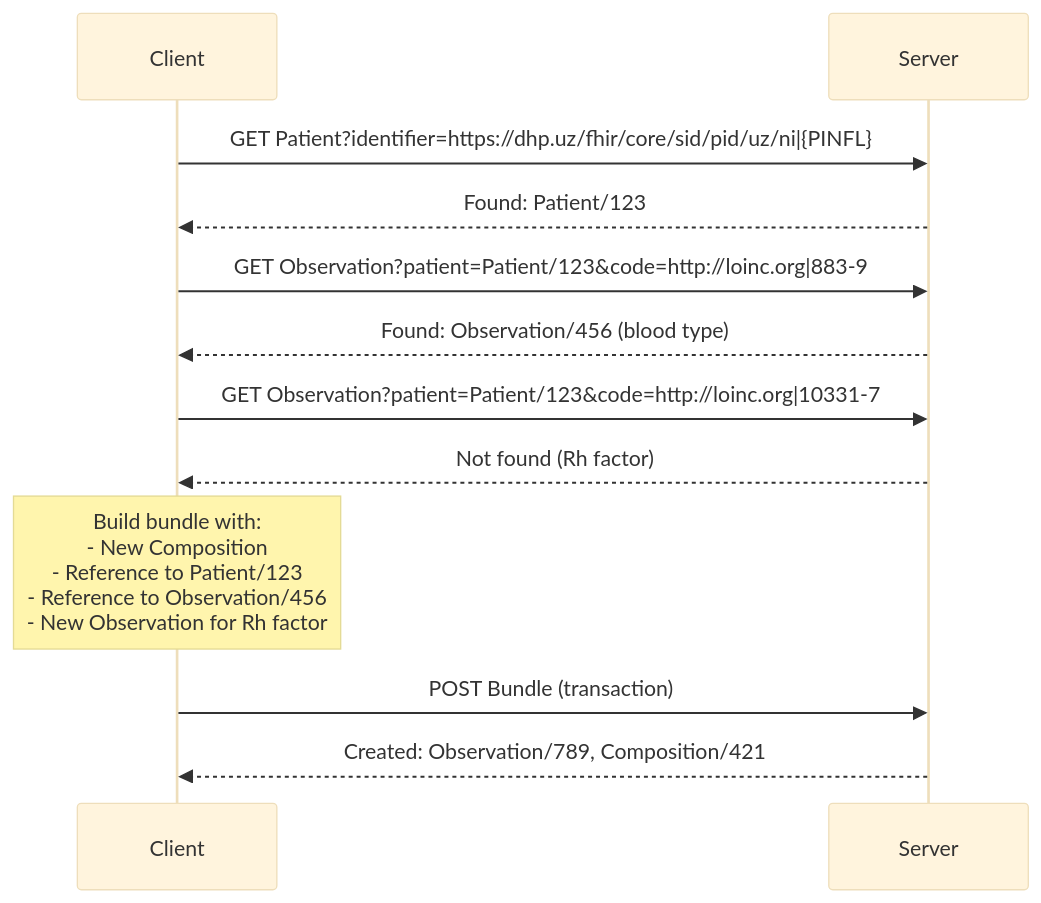
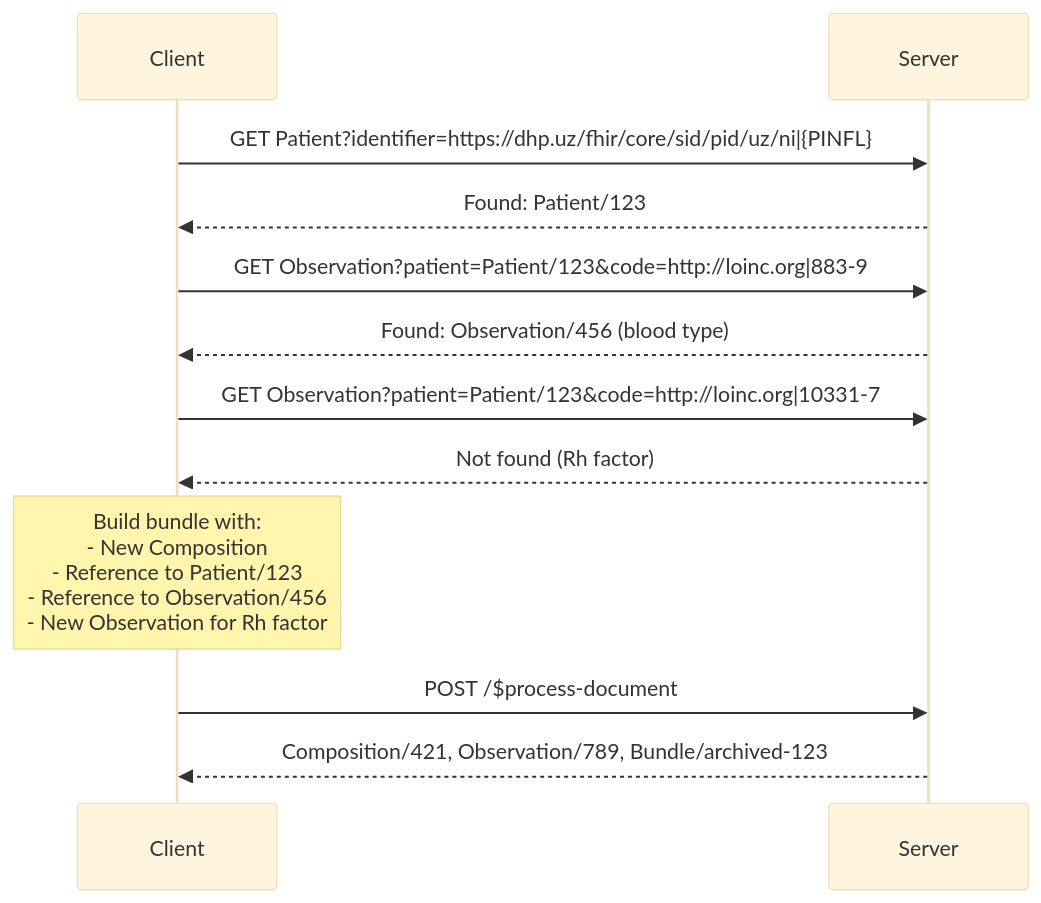
One commit to vadi2/DHP-integrations-temp changed the second of 4 diagrams in input/pagecontent/data-deduplication.md. Above: the diagram before and after it, drawn with Mermaid (base theme). The commit also changed other lines of this file and 1 other file, not shown here.

Commit message:
Add $process-document operation for document bundles

````diff
--- a/input/pagecontent/data-deduplication.md
+++ b/input/pagecontent/data-deduplication.md
@@ -43,19 +43,19 @@
 ```mermaid
 sequenceDiagram
     participant Client
     participant Server
 
     Client->>Server: GET Patient?identifier=https://dhp.uz/fhir/core/sid/pid/uz/ni|{PINFL}
     Server-->>Client: Found: Patient/123
 
     Client->>Server: GET Observation?patient=Patient/123&code=http://loinc.org|883-9
     Server-->>Client: Found: Observation/456 (blood type)
 
     Client->>Server: GET Observation?patient=Patient/123&code=http://loinc.org|10331-7
     Server-->>Client: Not found (Rh factor)
 
     Note over Client: Build bundle with:<br/>- New Composition<br/>- Reference to Patient/123<br/>- Reference to Observation/456<br/>- New Observation for Rh factor
 
-    Client->>Server: POST Bundle (transaction)
-    Server-->>Client: Created: Observation/789, Composition/421
+    Client->>Server: POST /$process-document
+    Server-->>Client: Composition/421, Observation/789, Bundle/archived-123
 ```
````
